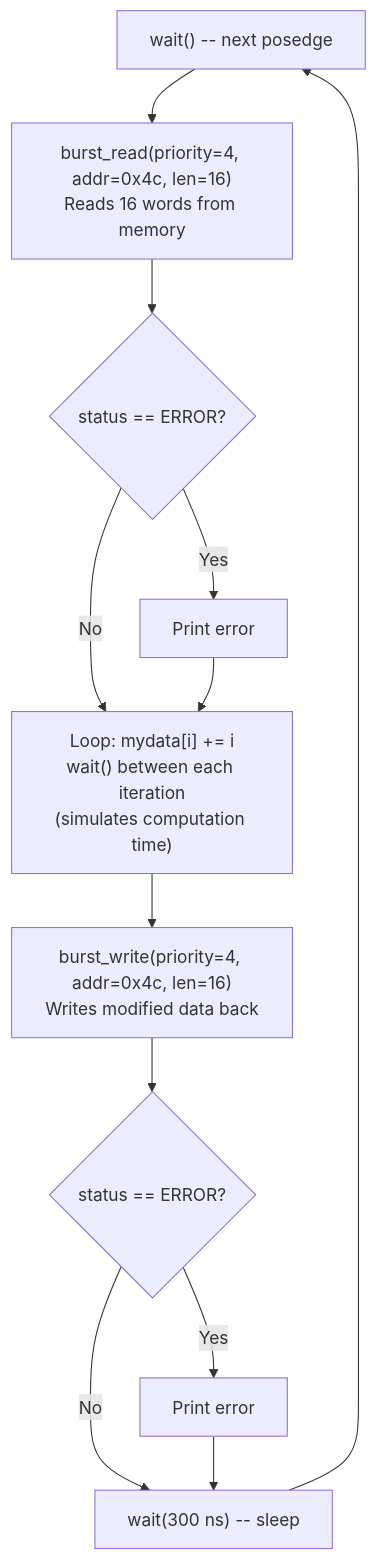
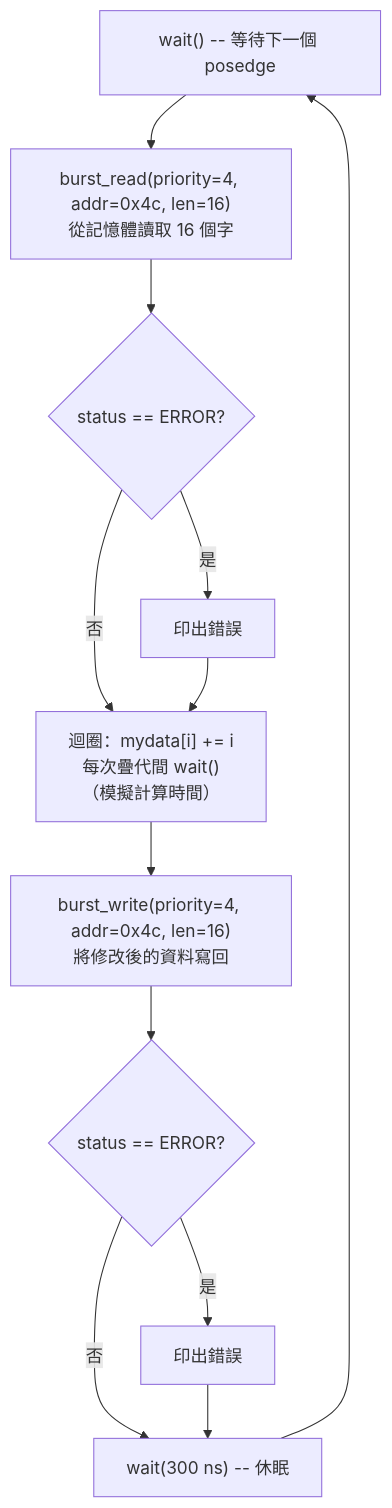
One commit to abc1199281lab-cmd/systemc_notes changed the first of 4 diagrams in doc_v2/examples/code/sysc/simple_bus/masters.md. Above: the diagram before and after it, drawn with Mermaid. The commit also changed other lines of this file and 8 other files, not shown here.

````diff
--- a/doc_v2/examples/code/sysc/simple_bus/masters.md
+++ b/doc_v2/examples/code/sysc/simple_bus/masters.md
@@ -49,14 +49,14 @@
 ```mermaid
 flowchart TD
-    A["wait() -- next posedge"] --> B["burst_read(priority=4, addr=0x4c, len=16)<br/>Reads 16 words from memory"]
+    A["wait() -- 等待下一個 posedge"] --> B["burst_read(priority=4, addr=0x4c, len=16)<br/>從記憶體讀取 16 個字"]
     B --> C{"status == ERROR?"}
-    C -->|Yes| D["Print error"]
-    C -->|No| E["Loop: mydata[i] += i<br/>wait() between each iteration<br/>(simulates computation time)"]
+    C -->|是| D["印出錯誤"]
+    C -->|否| E["迴圈：mydata[i] += i<br/>每次疊代間 wait()<br/>（模擬計算時間）"]
     D --> E
-    E --> F["burst_write(priority=4, addr=0x4c, len=16)<br/>Writes modified data back"]
+    E --> F["burst_write(priority=4, addr=0x4c, len=16)<br/>將修改後的資料寫回"]
     F --> G{"status == ERROR?"}
-    G -->|Yes| H["Print error"]
-    G -->|No| I["wait(300 ns) -- sleep"]
+    G -->|是| H["印出錯誤"]
+    G -->|否| I["wait(300 ns) -- 休眠"]
     H --> I
     I --> A
 ```
````
